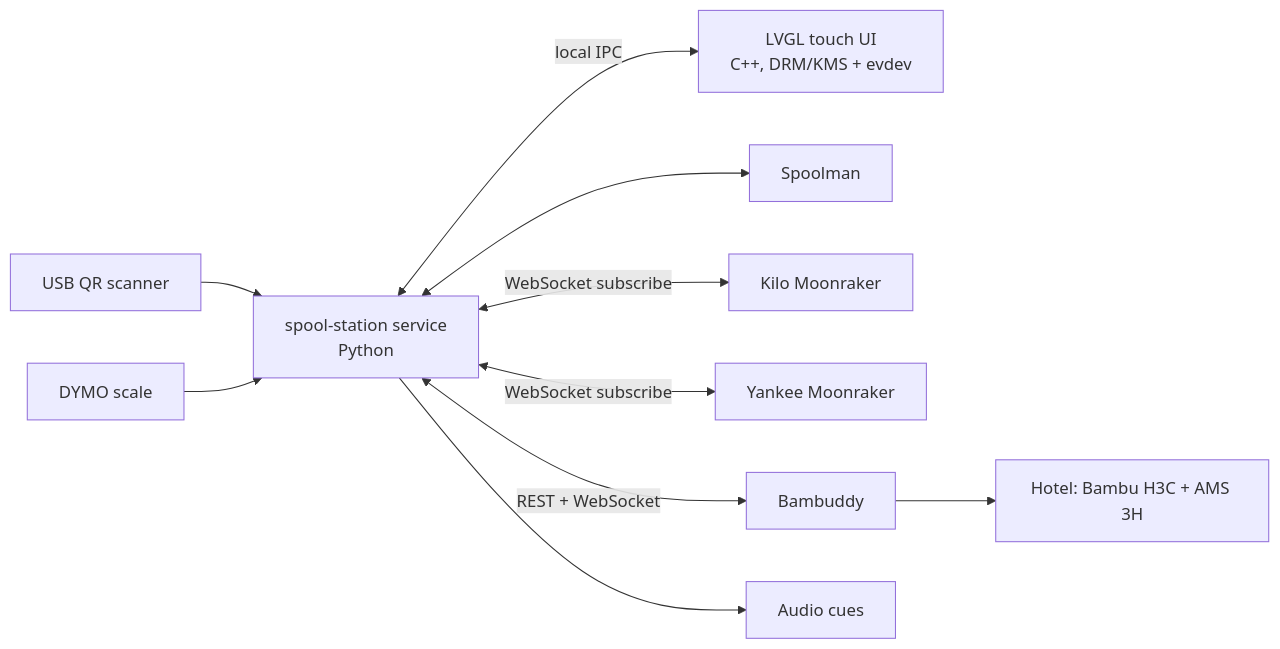
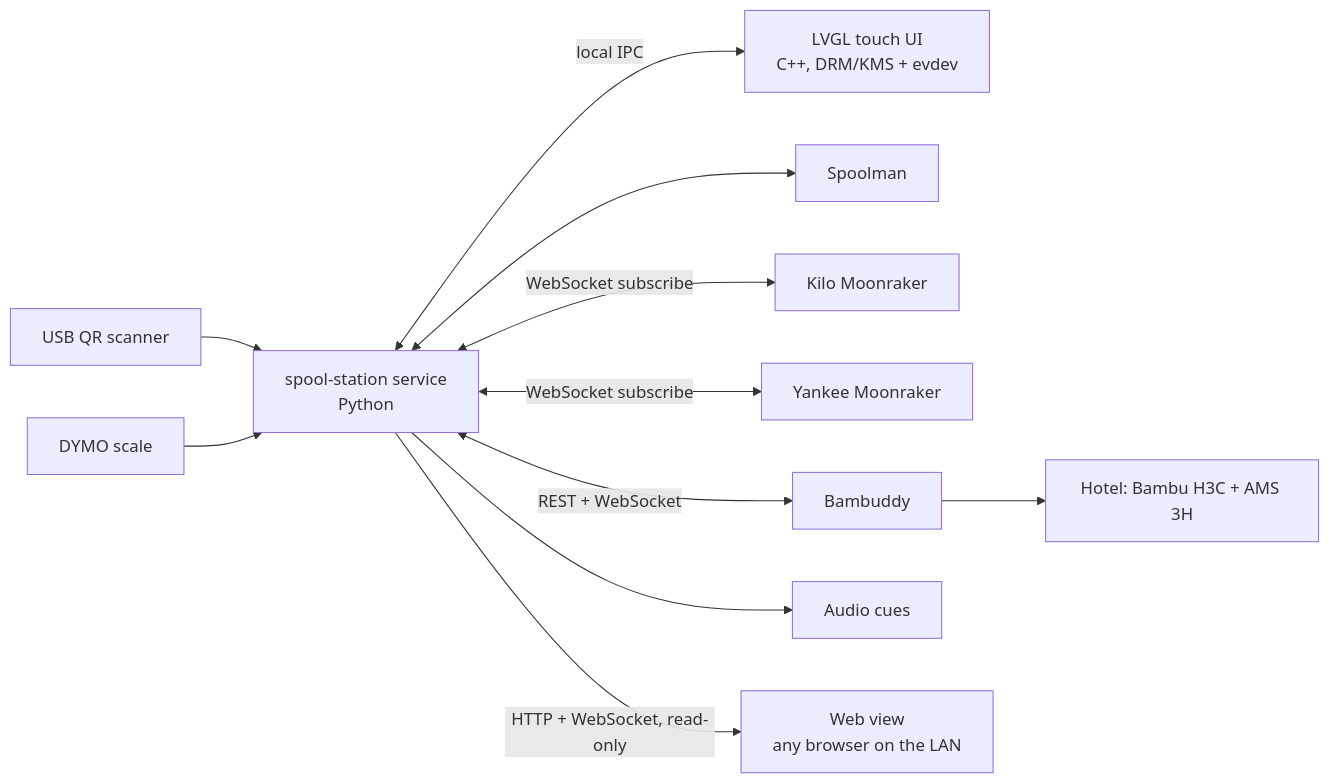
Before and after one commit to bobomb/afc-spool-scan: the diagram in docs/touch-ui-plan.md, drawn with Mermaid. The commit also changed other lines of this file and 13 other files, not shown here.

First line of the commit message:
Read-only web view of the station on port 7914

````diff
--- a/docs/touch-ui-plan.md
+++ b/docs/touch-ui-plan.md
@@ -85,11 +85,12 @@
 ```mermaid
 flowchart LR
   QR[USB QR scanner] --> S[spool-station service<br/>Python]
   SC[DYMO scale] --> S
   S <-->|local IPC| UI[LVGL touch UI<br/>C++, DRM/KMS + evdev]
   S <--> SM[Spoolman]
   S <-->|WebSocket subscribe| K[Kilo Moonraker]
   S <-->|WebSocket subscribe| Y[Yankee Moonraker]
   S <-->|REST + WebSocket| B[Bambuddy] --> H[Hotel: Bambu H3C + AMS 3H]
   S --> AU[Audio cues]
+  S -->|HTTP + WebSocket, read-only| W[Web view<br/>any browser on the LAN]
 ```
````
